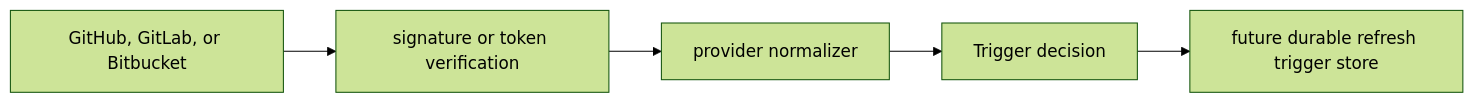
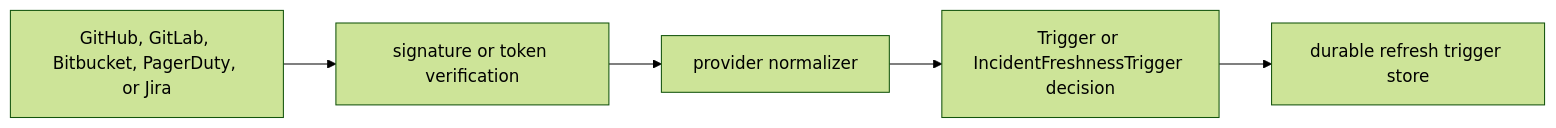
One commit to eshu-hq/eshu changed the diagram in go/internal/webhook/README.md. Above: the diagram before and after it, drawn with Mermaid (forest theme). The commit also changed other lines of this file and 48 other files, not shown here.

Commit message:
feat: add incident webhook freshness triggers

````diff
--- a/go/internal/webhook/README.md
+++ b/go/internal/webhook/README.md
@@ -14,7 +15,7 @@
 ```mermaid
 flowchart LR
-  Provider["GitHub, GitLab, or Bitbucket"] --> Verify["signature or token verification"]
+  Provider["GitHub, GitLab, Bitbucket, PagerDuty, or Jira"] --> Verify["signature or token verification"]
   Verify --> Normalize["provider normalizer"]
-  Normalize --> Trigger["Trigger decision"]
-  Trigger --> Durable["future durable refresh trigger store"]
+  Normalize --> Trigger["Trigger or IncidentFreshnessTrigger decision"]
+  Trigger --> Durable["durable refresh trigger store"]
 ```
````
